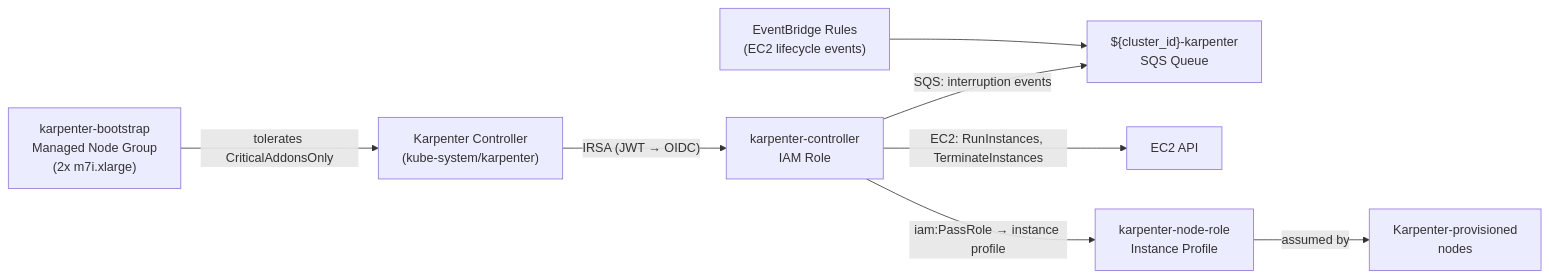
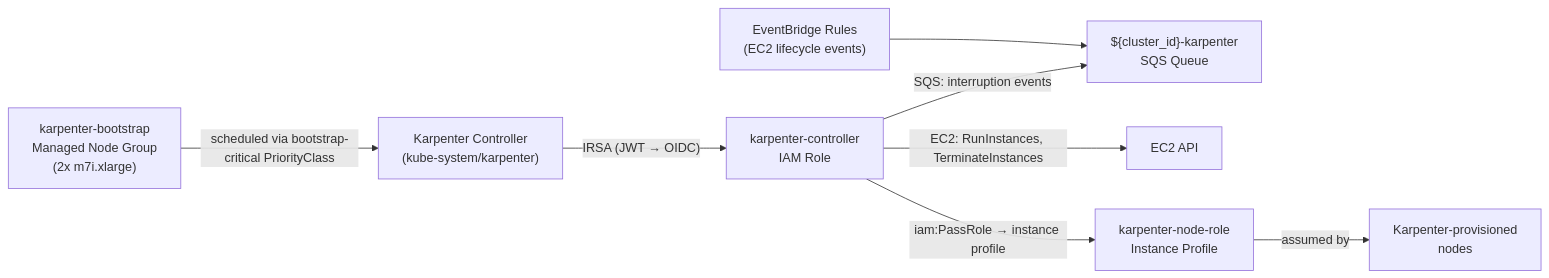
Before and after one commit to openshift-online/rosa-hyperfleet: the diagram in docs/design/karpenter-node-provisioning.md, drawn with Mermaid. The commit also changed 10 other files, not shown here.

First line of the commit message:
test: replace CriticalAddonsOnly taint with PriorityClass, bootstrap nodes to Bottlerocket

````diff
--- a/docs/design/karpenter-node-provisioning.md
+++ b/docs/design/karpenter-node-provisioning.md
@@ -41,10 +41,10 @@
 ```mermaid
 graph LR
     KC["Karpenter Controller\n(kube-system/karpenter)"] -->|"IRSA (JWT → OIDC)"| KCR["karpenter-controller\nIAM Role"]
     KCR -->|"SQS: interruption events"| SQS["${cluster_id}-karpenter\nSQS Queue"]
     KCR -->|"EC2: RunInstances, TerminateInstances"| EC2["EC2 API"]
     KCR -->|"iam:PassRole → instance profile"| KNR["karpenter-node-role\nInstance Profile"]
     KNR -->|"assumed by"| KN["Karpenter-provisioned\nnodes"]
-    BNG["karpenter-bootstrap\nManaged Node Group\n(2x m7i.xlarge)"] -->|"tolerates CriticalAddonsOnly"| KC
+    BNG["karpenter-bootstrap\nManaged Node Group\n(2x m7i.xlarge)"] -->|"scheduled via bootstrap-critical PriorityClass"| KC
     EB["EventBridge Rules\n(EC2 lifecycle events)"] --> SQS
 ```
````
